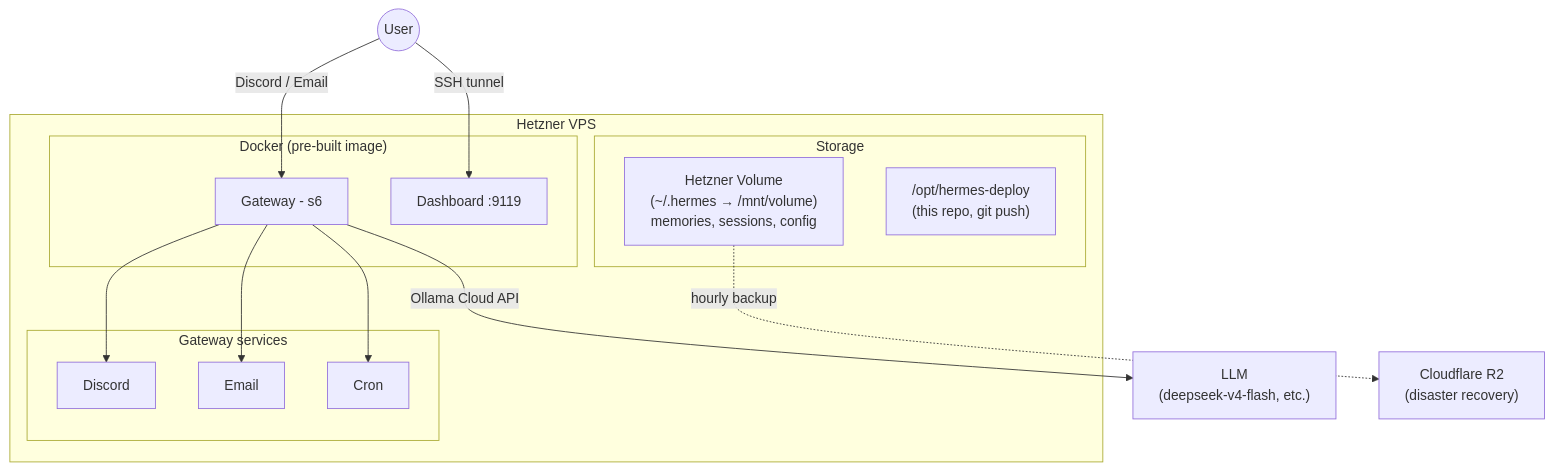
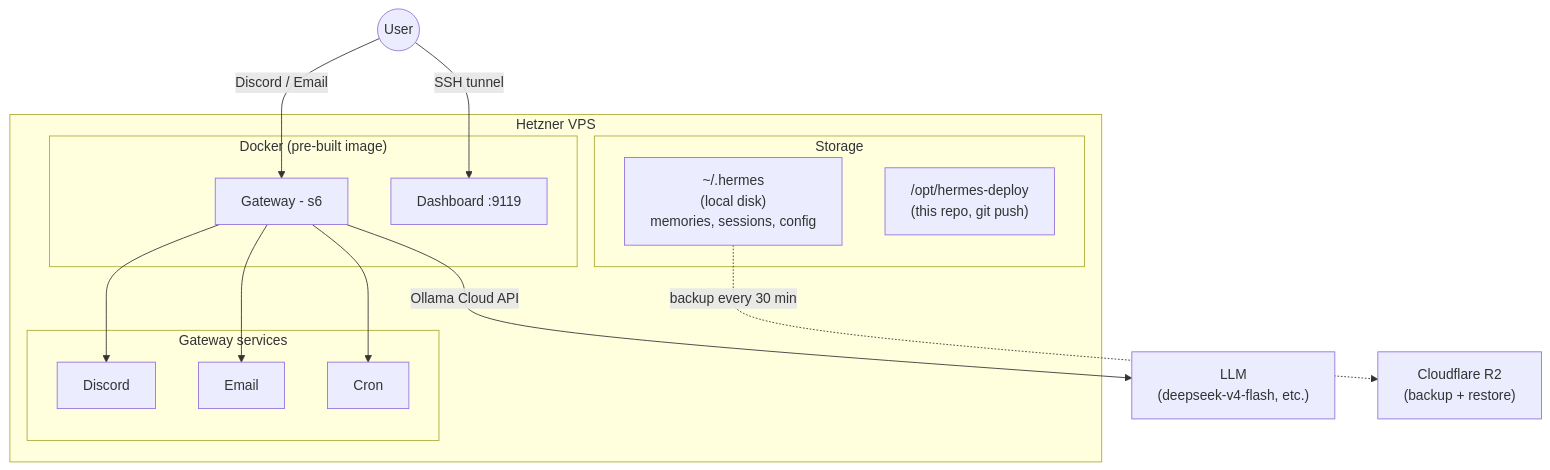
One commit to francescomucio/hermes-deploy changed the diagram in README.md. Above: the diagram before and after it, drawn with Mermaid. The commit also changed other lines of this file, not shown here.

First line of the commit message:
Update README: remove volume references, 30-min R2 backup

````diff
--- a/README.md
+++ b/README.md
@@ -9,32 +9,32 @@
 ```mermaid
 graph TB
     User((User))
 
     User -->|Discord / Email| GW
     User -->|SSH tunnel| DB
 
     subgraph VPS[Hetzner VPS]
         subgraph Docker["Docker (pre-built image)"]
             GW[Gateway - s6]
             DB[Dashboard :9119]
         end
 
         subgraph Services[Gateway services]
             Discord
             Email
             Cron
         end
 
         subgraph Storage
-            VOL["Hetzner Volume<br/>(~/.hermes → /mnt/volume)<br/>memories, sessions, config"]
+            DATA["~/.hermes<br/>(local disk)<br/>memories, sessions, config"]
             REPO["/opt/hermes-deploy<br/>(this repo, git push)"]
         end
 
         GW --> Discord
         GW --> Email
         GW --> Cron
     end
 
     GW -->|Ollama Cloud API| LLM["LLM<br/>(deepseek-v4-flash, etc.)"]
-    VOL -.->|hourly backup| R2["Cloudflare R2<br/>(disaster recovery)"]
+    DATA -.->|backup every 30 min| R2["Cloudflare R2<br/>(backup + restore)"]
 ```
````
